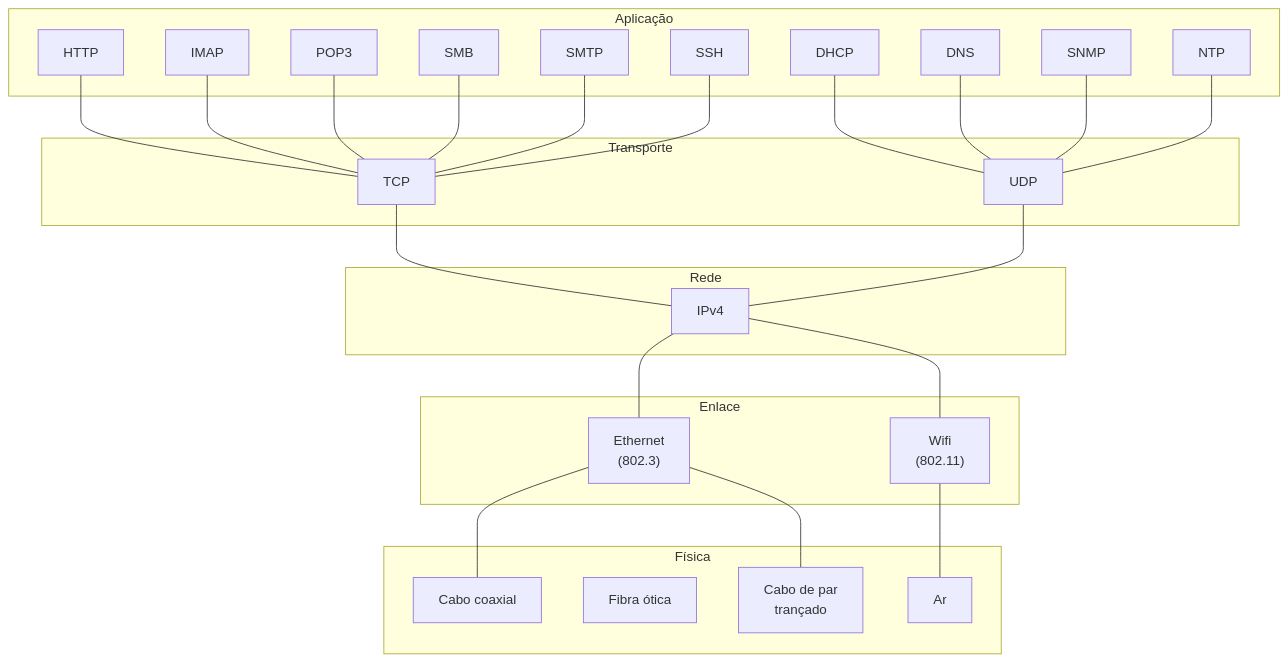
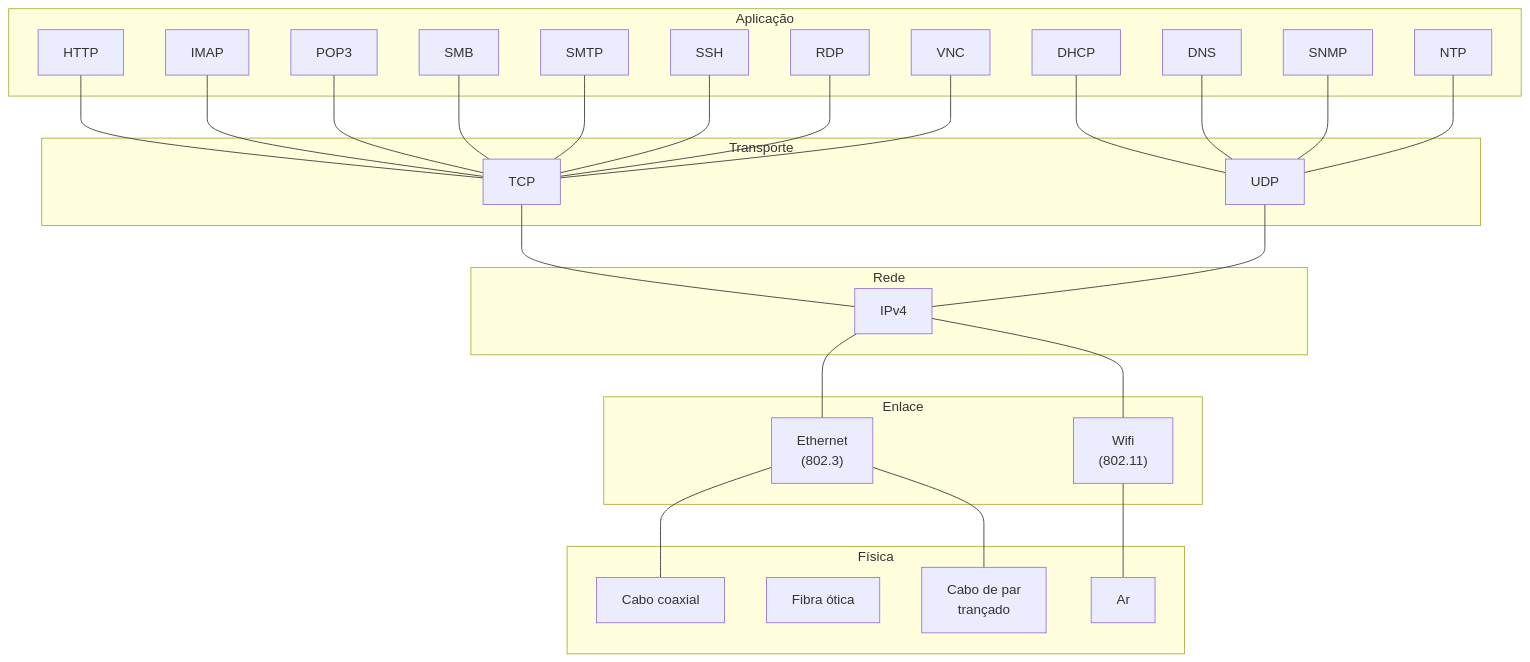
One commit to ifrnlab/netlab changed the diagram in diagramas/fluxogramas/protocolos-tcp-ip.md. Above: the diagram before and after it, drawn with Mermaid.

````diff
--- a/diagramas/fluxogramas/protocolos-tcp-ip.md
+++ b/diagramas/fluxogramas/protocolos-tcp-ip.md
@@ -3,48 +3,50 @@
 ```mermaid
 graph BT
 
   %% Declaração de um sub-grafo para cada camada
   
   subgraph Aplicação
     dhcp[DHCP]
     dns[DNS]
     http[HTTP]
     imap[IMAP]
     pop3[POP3]
     smb[SMB]
+    rdp[RDP]
+    vnc[VNC]
     smtp[SMTP]
     snmp[SNMP]
     ssh[SSH]
     ntp[NTP]
   end
 
   subgraph Transporte
     tcp[TCP]
     udp[UDP]
   end
 
   subgraph Rede
     ipv4[IPv4]
   end
   
   subgraph Enlace
     ethernet["Ethernet<br>(802.3)"]
     wifi["Wifi<br>(802.11)"]
   end
   
   subgraph Física
     coaxial[Cabo coaxial]
     fibra[Fibra ótica]
     utp["Cabo de par<br>trançado"]
     ar[Ar]
   end
   
   coaxial & utp --- ethernet
   ar --- wifi
   
   
   ethernet & wifi --- ipv4
   ipv4 --- tcp & udp
   udp --- dhcp & dns & snmp & ntp
-  tcp --- http & imap & pop3 & smb & smtp & ssh
+  tcp --- http & imap & pop3 & smb & smtp & ssh & rdp & vnc
 ```
````
